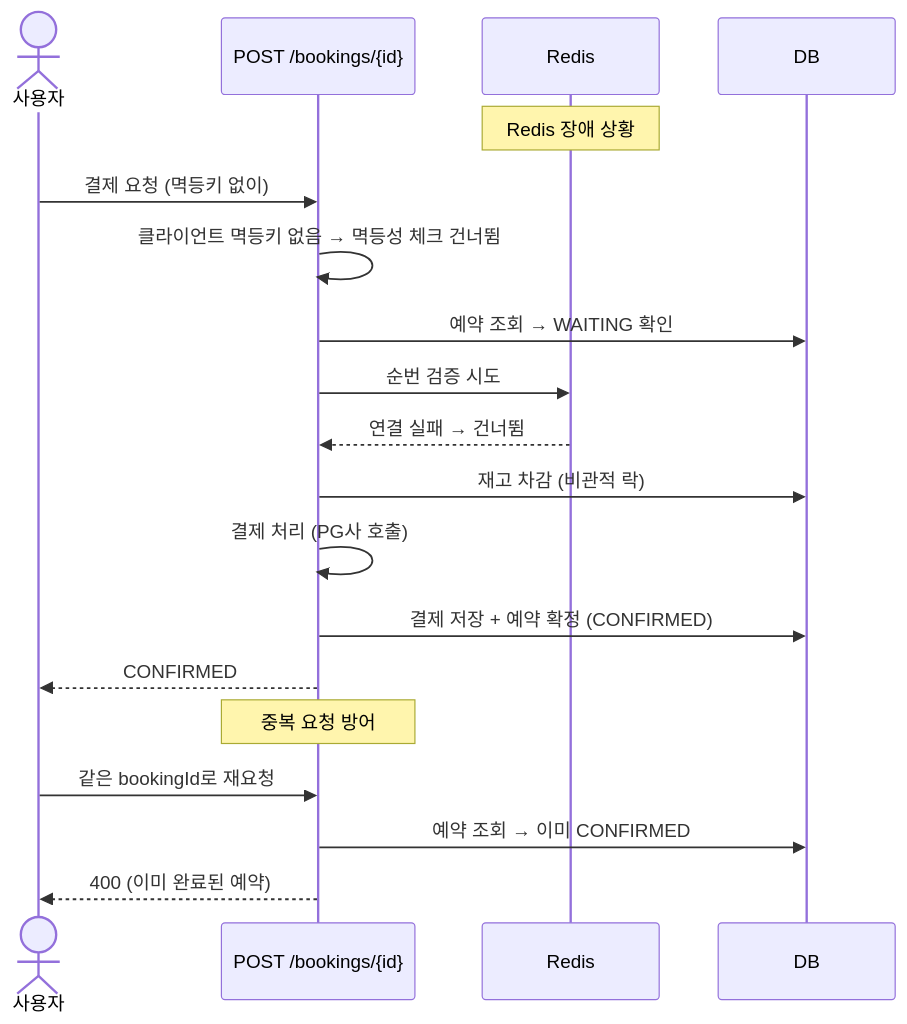
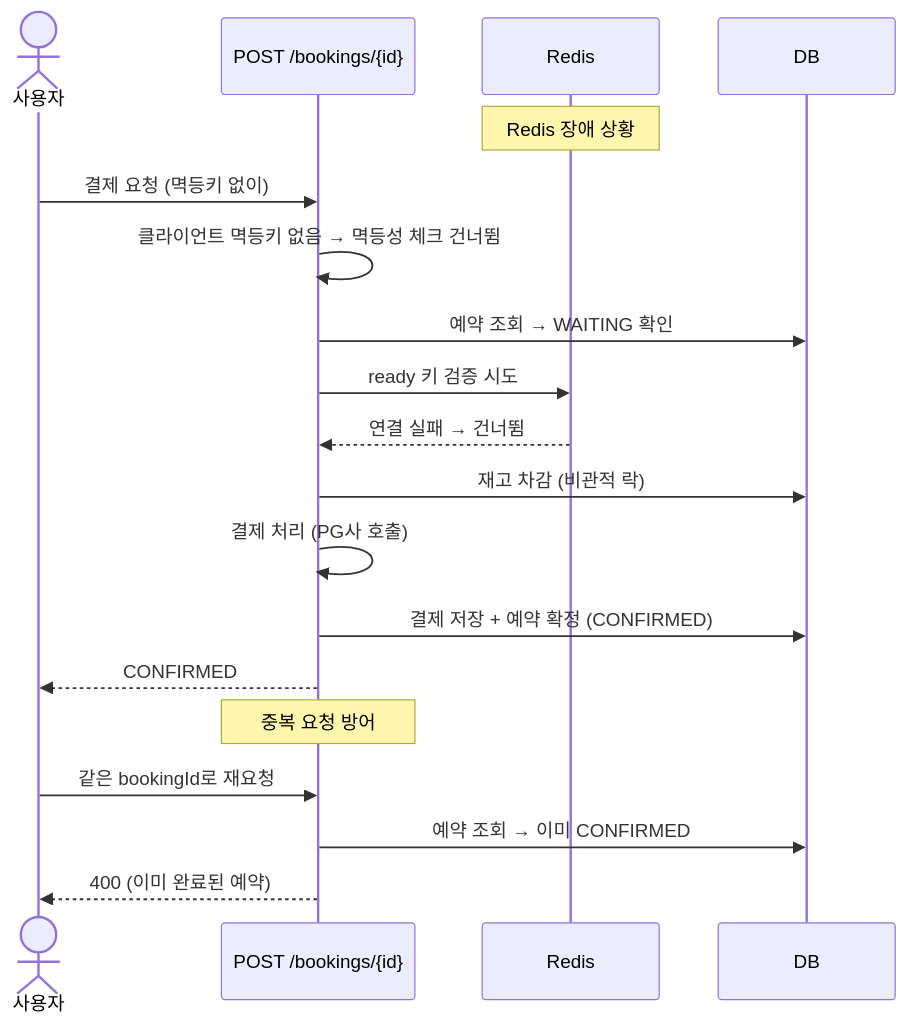
One commit to Jin409/hotdeal-reservation changed the ninth of 10 diagrams in README.md. Above: the diagram before and after it, drawn with Mermaid. The commit also changed other lines of this file, not shown here.

````diff
--- a/README.md
+++ b/README.md
@@ -269,26 +303,26 @@
 ```mermaid
 sequenceDiagram
     actor 사용자
     participant 결제 as POST /bookings/{id}
     participant Redis
     participant DB
 
     Note over Redis: Redis 장애 상황
 
     사용자->>결제: 결제 요청 (멱등키 없이)
     결제->>결제: 클라이언트 멱등키 없음 → 멱등성 체크 건너뜀
     결제->>DB: 예약 조회 → WAITING 확인
 
-    결제->>Redis: 순번 검증 시도
+    결제->>Redis: ready 키 검증 시도
     Redis-->>결제: 연결 실패 → 건너뜀
 
     결제->>DB: 재고 차감 (비관적 락)
     결제->>결제: 결제 처리 (PG사 호출)
     결제->>DB: 결제 저장 + 예약 확정 (CONFIRMED)
     결제-->>사용자: CONFIRMED
 
     Note over 결제: 중복 요청 방어
     사용자->>결제: 같은 bookingId로 재요청
     결제->>DB: 예약 조회 → 이미 CONFIRMED
     결제-->>사용자: 400 (이미 완료된 예약)
 ```
````
